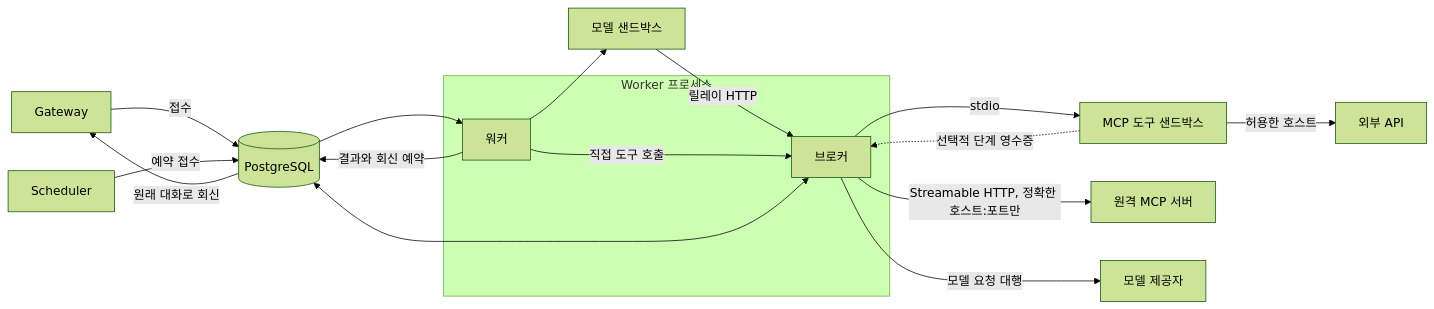
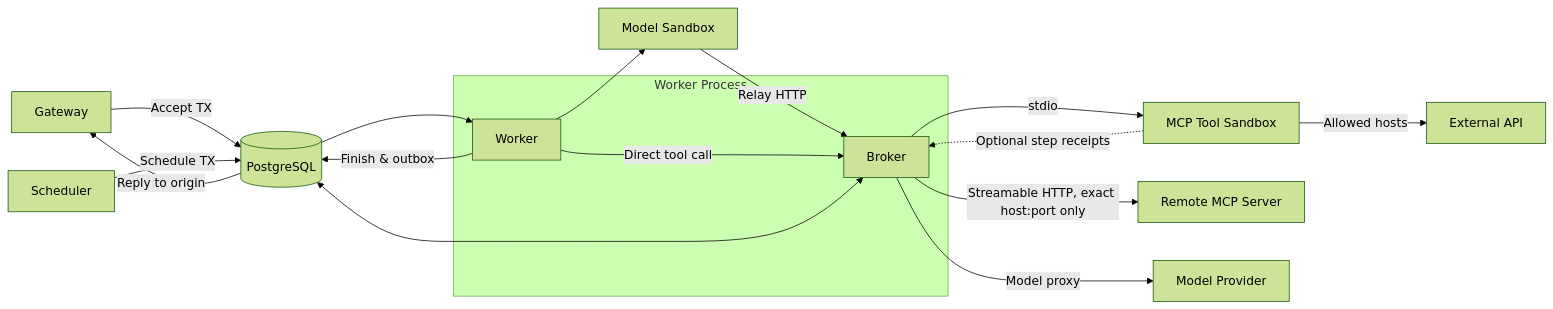
Before and after one commit to lee-lou2/bot-framework: the diagram in docs/architecture.md, drawn with Mermaid (forest theme). The commit also changed other lines of this file and 1060 other files, not shown here.

````diff
--- a/docs/architecture.md
+++ b/docs/architecture.md
@@ -14,21 +18,21 @@
 ```mermaid
 flowchart LR
-  G[Gateway] -->|접수| D[(PostgreSQL)]
-  S[Scheduler] -->|예약 접수| D
-  subgraph worker [Worker 프로세스]
-    W[워커]
-    B[브로커]
+  G[Gateway] -->|Accept TX| D[(PostgreSQL)]
+  S[Scheduler] -->|Schedule TX| D
+  subgraph worker [Worker Process]
+    W[Worker]
+    B[Broker]
   end
   D --> W
-  W --> A[모델 샌드박스]
-  A -->|릴레이 HTTP| B
-  W -->|직접 도구 호출| B
-  B -->|stdio| P[MCP 도구 샌드박스]
-  B -->|Streamable HTTP, 정확한 호스트:포트만| R[원격 MCP 서버]
-  P -->|허용한 호스트| E[외부 API]
-  P -. 선택적 단계 영수증 .-> B
-  B -->|모델 요청 대행| M[모델 제공자]
+  W --> A[Model Sandbox]
+  A -->|Relay HTTP| B
+  W -->|Direct tool call| B
+  B -->|stdio| P[MCP Tool Sandbox]
+  B -->|Streamable HTTP, exact host:port only| R[Remote MCP Server]
+  P -->|Allowed hosts| E[External API]
+  P -. Optional step receipts .-> B
+  B -->|Model proxy| M[Model Provider]
   B <--> D
-  W -->|결과와 회신 예약| D
-  D -->|원래 대화로 회신| G
+  W -->|Finish & outbox| D
+  D -->|Reply to origin| G
 ```
````
